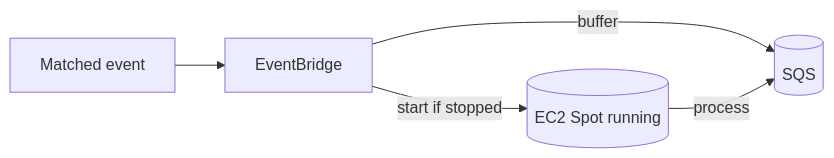
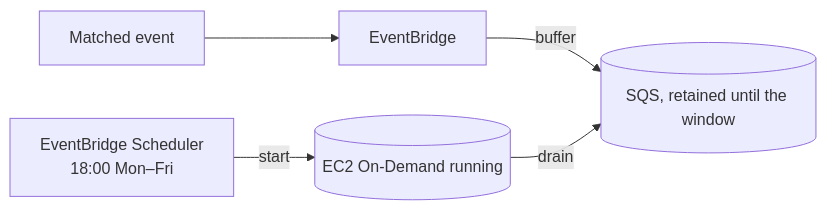
One commit to teddynted/ai-github-repository-blog-generator changed the first of 2 diagrams in docs/cost-optimization.md. Above: the diagram before and after it, drawn with Mermaid. The commit also changed other lines of this file and 48 other files, not shown here.

````diff
--- a/docs/cost-optimization.md
+++ b/docs/cost-optimization.md
@@ -36,7 +36,7 @@
 ```mermaid
 flowchart LR
     WH[Matched event] --> EB[EventBridge]
-    EB -->|start if stopped| EC2[(EC2 Spot running)]
-    EB -->|buffer| SQS[(SQS)]
-    EC2 -->|process| SQS
+    EB -->|buffer| SQS[(SQS, retained until the window)]
+    SCH[EventBridge Scheduler<br/>18:00 Mon–Fri] -->|start| EC2[(EC2 On-Demand running)]
+    EC2 -->|drain| SQS
 ```
````
